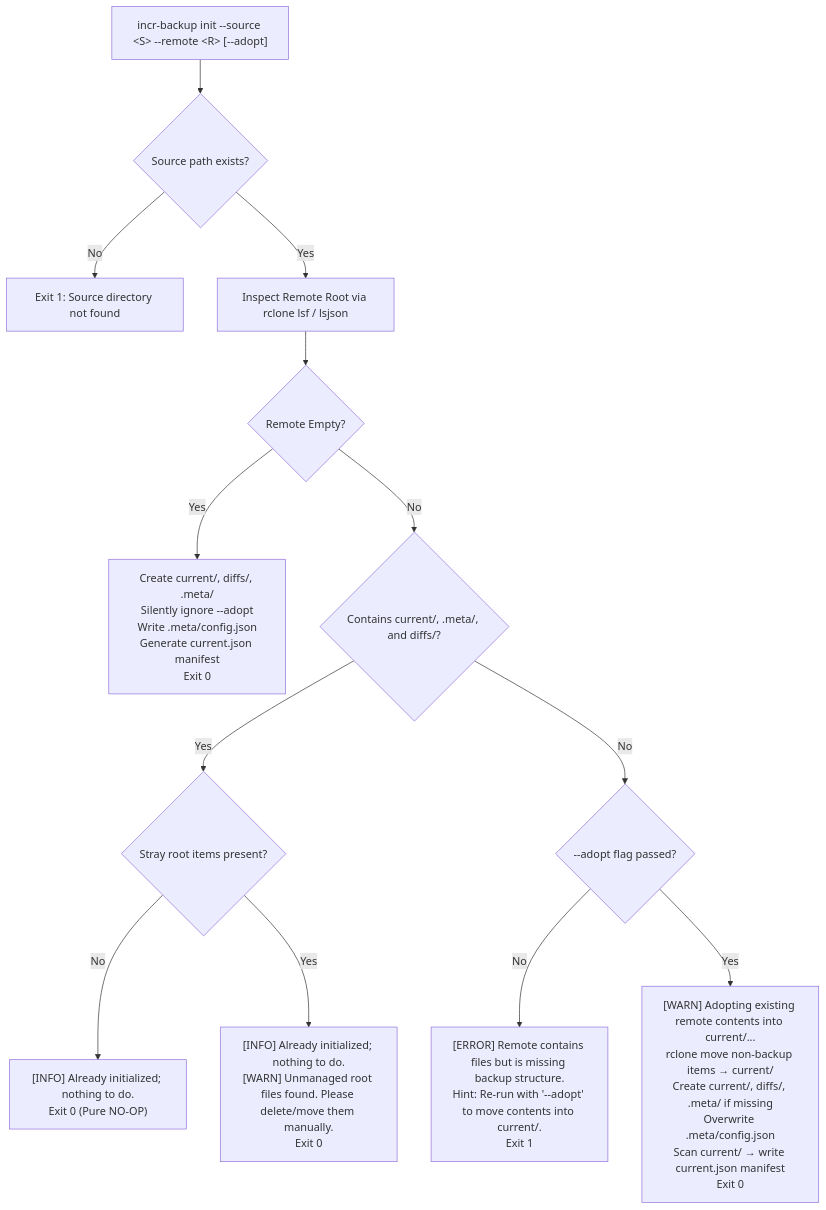
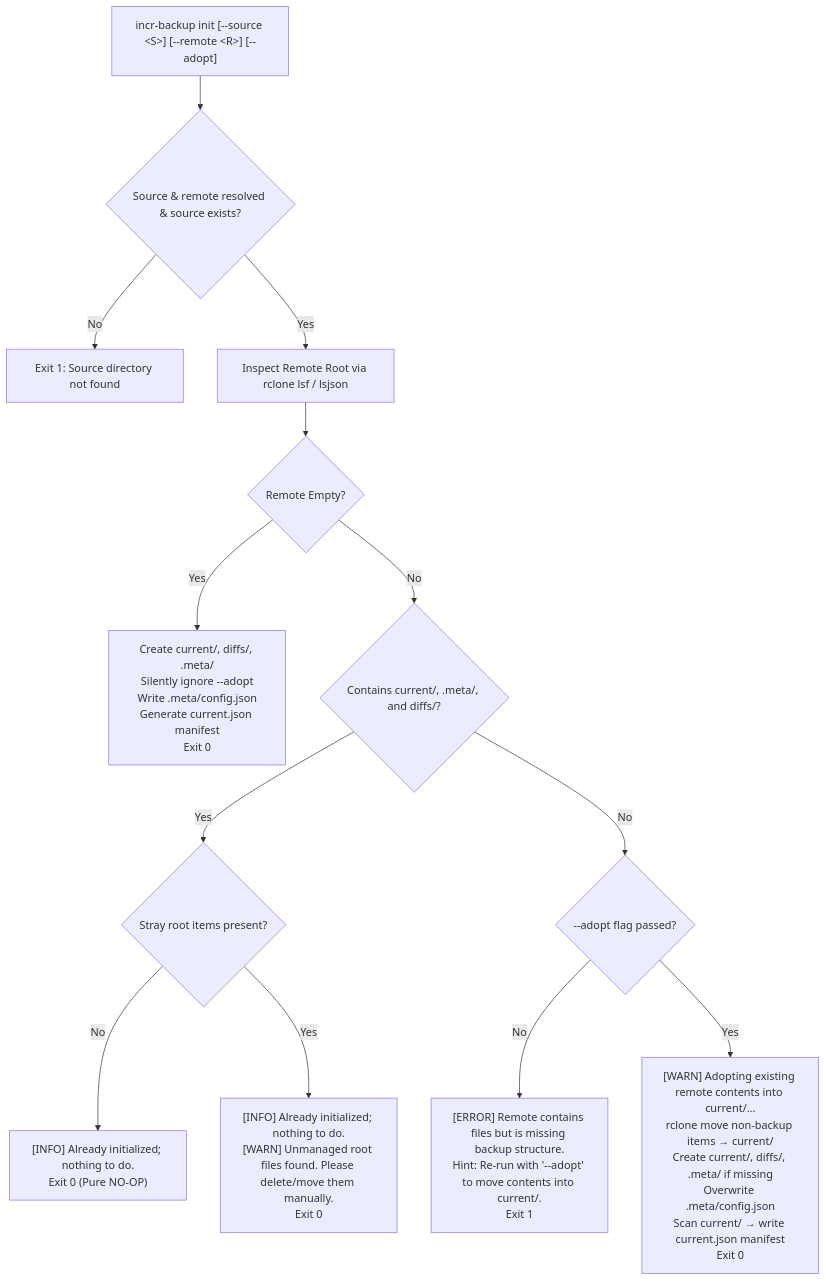
One commit to shabeer/incr_backup changed the third of 4 diagrams in docs/IMPLEMENTATION_PLAN.md. Above: the diagram before and after it, drawn with Mermaid. The commit also changed other lines of this file and 6 other files, not shown here.

First line of the commit message:
feat(init): make --source and --remote optional when defined in config

````diff
--- a/docs/IMPLEMENTATION_PLAN.md
+++ b/docs/IMPLEMENTATION_PLAN.md
@@ -225,19 +225,19 @@
 ```mermaid
 flowchart TD
-    Start["incr-backup init --source &lt;S&gt; --remote &lt;R&gt; [--adopt]"] --> CheckSource{"Source path exists?"}
+    Start["incr-backup init [--source &lt;S&gt;] [--remote &lt;R&gt;] [--adopt]"] --> CheckSource{"Source & remote resolved & source exists?"}
     CheckSource -- No --> ErrSource["Exit 1: Source directory not found"]
     CheckSource -- Yes --> ScanRemote["Inspect Remote Root via rclone lsf / lsjson"]
 
     ScanRemote --> IsEmpty{"Remote Empty?"}
     IsEmpty -- Yes --> FreshInit["Create current/, diffs/, .meta/<br/>Silently ignore --adopt<br/>Write .meta/config.json<br/>Generate current.json manifest<br/>Exit 0"]
     
     IsEmpty -- No --> CheckTriad{"Contains current/, .meta/, and diffs/?"}
     
     CheckTriad -- Yes --> CheckStray{"Stray root items present?"}
     CheckStray -- No --> CleanNoOp["[INFO] Already initialized; nothing to do.<br/>Exit 0 (Pure NO-OP)"]
     CheckStray -- Yes --> StrayWarn["[INFO] Already initialized; nothing to do.<br/>[WARN] Unmanaged root files found. Please delete/move them manually.<br/>Exit 0"]
 
     CheckTriad -- No --> HasAdopt{"--adopt flag passed?"}
     HasAdopt -- No --> RejectAdopt["[ERROR] Remote contains files but is missing backup structure.<br/>Hint: Re-run with '--adopt' to move contents into current/.<br/>Exit 1"]
     HasAdopt -- Yes --> AdoptFlow["[WARN] Adopting existing remote contents into current/...<br/>rclone move non-backup items → current/<br/>Create current/, diffs/, .meta/ if missing<br/>Overwrite .meta/config.json<br/>Scan current/ → write current.json manifest<br/>Exit 0"]
 ```
````
